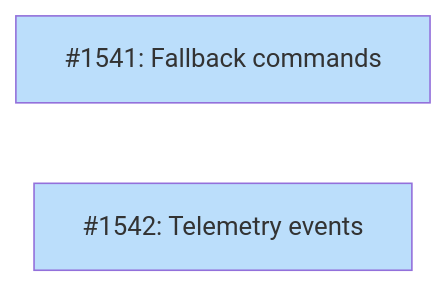
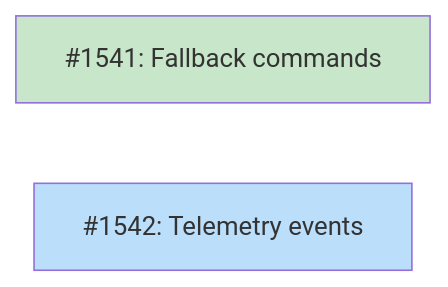
The diagram in docs/designs/DESIGN-verification-self-repair.md (tsukumogami/tsuku), drawn with Mermaid before and after one commit. The commit also changed other lines of this file, not shown here.

Commit message:
docs: mark #1541 as complete in design doc

````diff
--- a/docs/designs/DESIGN-verification-self-repair.md
+++ b/docs/designs/DESIGN-verification-self-repair.md
@@ -46,12 +46,13 @@
 ```mermaid
 graph LR
     I1541["#1541: Fallback commands"]
     I1542["#1542: Telemetry events"]
 
     classDef done fill:#c8e6c9
     classDef ready fill:#bbdefb
     classDef blocked fill:#fff9c4
     classDef needsDesign fill:#e1bee7
 
-    class I1541,I1542 ready
+    class I1541 done
+    class I1542 ready
 ```
````
